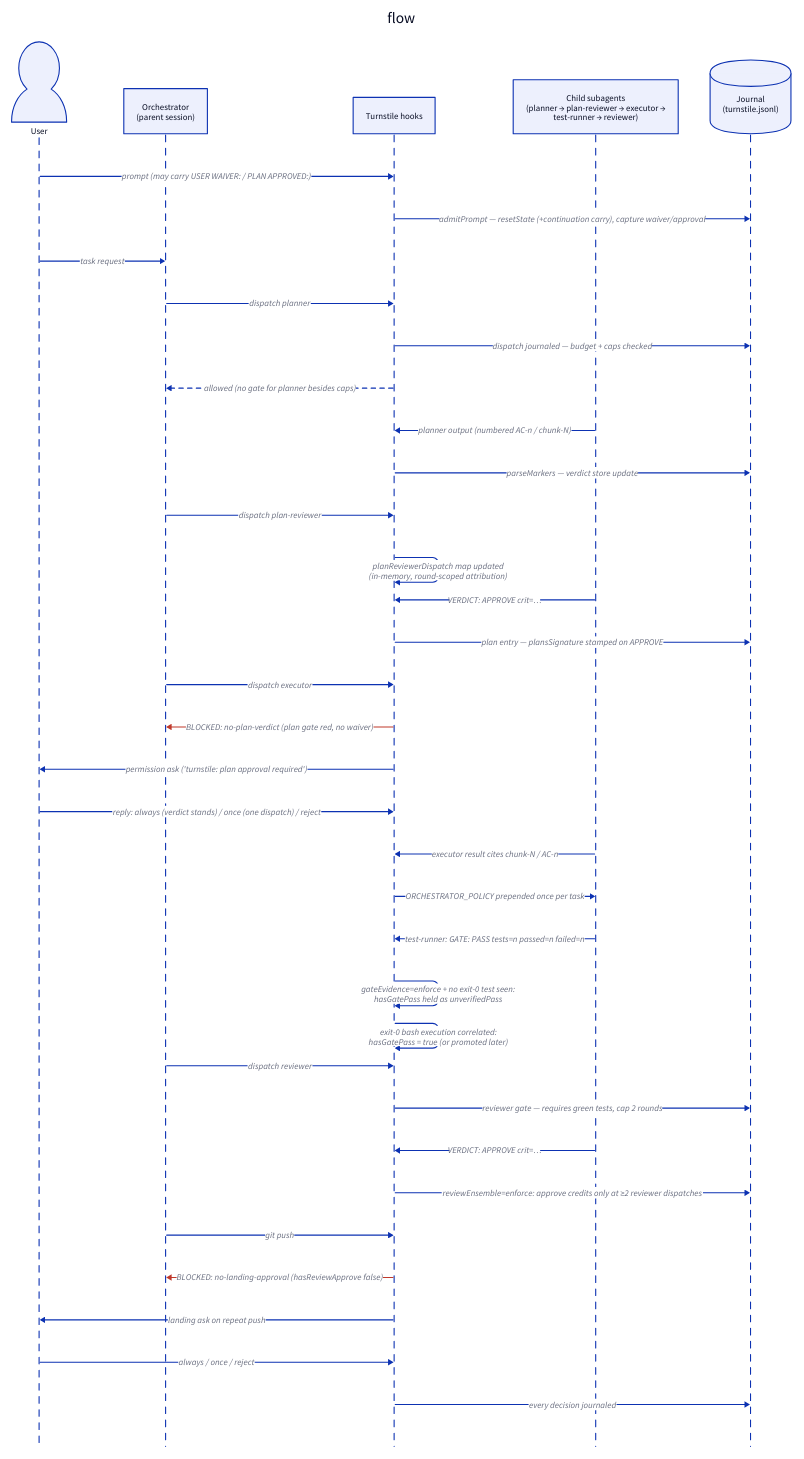
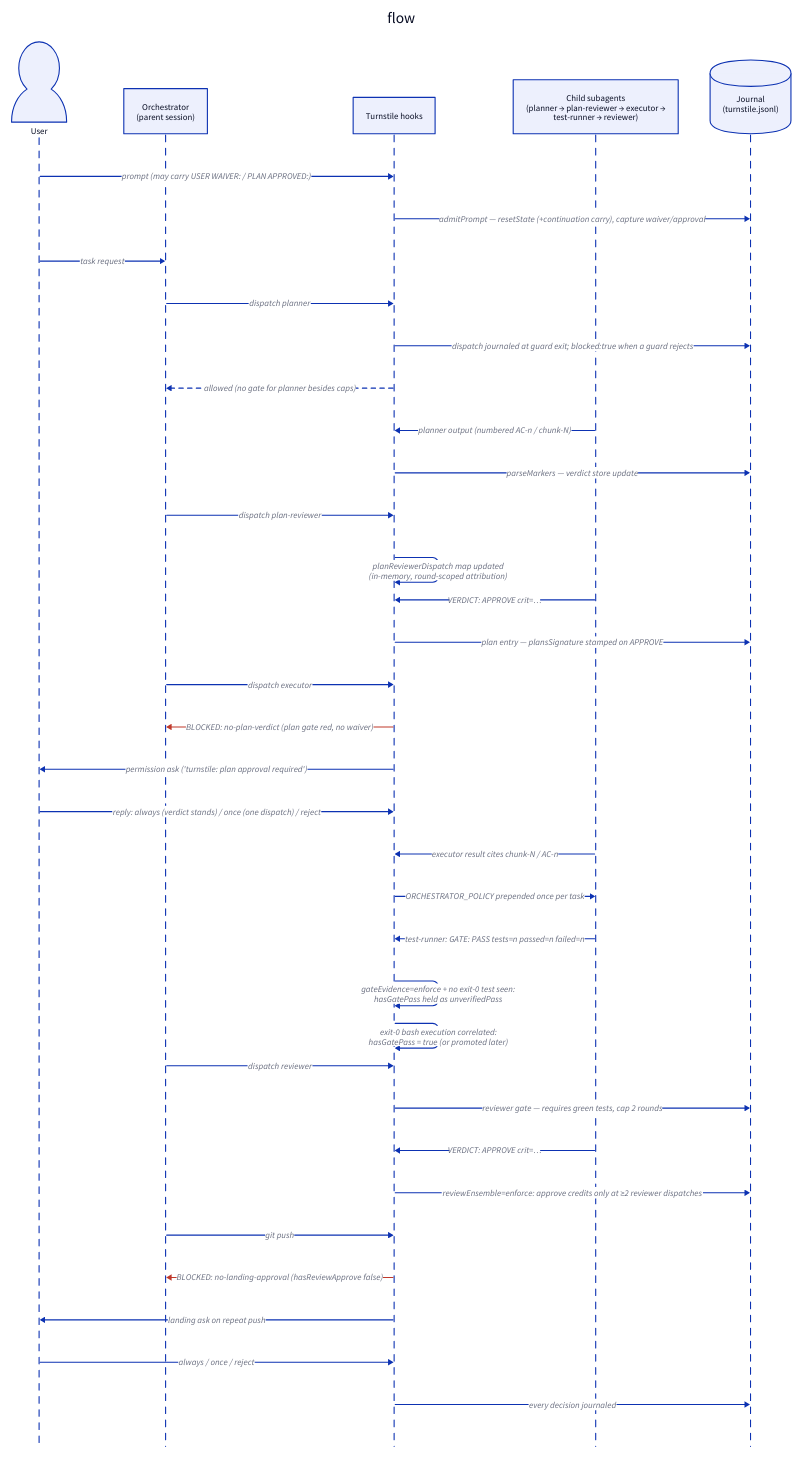
The diagram in docs/diagrams/d03-task-flow.d2 (edseabolt/turnstile), drawn with D2 before and after one commit. The commit also changed 6 other files, not shown here.

First line of the commit message:
docs: sync contracts and architecture for the S7–S12 enforcement fixes

```diff
--- a/docs/diagrams/d03-task-flow.d2
+++ b/docs/diagrams/d03-task-flow.d2
@@ -1,57 +1,57 @@
 flow: {
   shape: sequence_diagram
   user: "User" {
     shape: person
   }
   orch: "Orchestrator\n(parent session)"
   hooks: "Turnstile hooks"
   agents: "Child subagents\n(planner → plan-reviewer → executor →\ntest-runner → reviewer)"
   journal: "Journal\n(turnstile.jsonl)" {
     shape: cylinder
   }
 
   user -> hooks: "prompt (may carry USER WAIVER: / PLAN APPROVED:)"
   hooks -> journal: "admitPrompt — resetState (+continuation carry), capture waiver/approval"
   user -> orch: "task request"
 
   orch -> hooks: "dispatch planner"
-  hooks -> journal: "dispatch journaled — budget + caps checked"
+  hooks -> journal: "dispatch journaled at guard exit; blocked:true when a guard rejects"
   hooks -> orch: "allowed (no gate for planner besides caps)" {
     style.stroke-dash: 4
   }
   agents -> hooks: "planner output (numbered AC-n / chunk-N)"
   hooks -> journal: "parseMarkers — verdict store update"
 
   orch -> hooks: "dispatch plan-reviewer"
   hooks -> hooks: "planReviewerDispatch map updated\n(in-memory, round-scoped attribution)"
   agents -> hooks: "VERDICT: APPROVE crit=…"
   hooks -> journal: "plan entry — plansSignature stamped on APPROVE"
 
   orch -> hooks: "dispatch executor"
   hooks -> orch: "BLOCKED: no-plan-verdict (plan gate red, no waiver)" {
     style.stroke: "#c0392b"
   }
   hooks -> user: "permission ask ('turnstile: plan approval required')"
   user -> hooks: "reply: always (verdict stands) / once (one dispatch) / reject"
 
   agents -> hooks: "executor result cites chunk-N / AC-n"
   hooks -> agents: "ORCHESTRATOR_POLICY prepended once per task"
 
   agents -> hooks: "test-runner: GATE: PASS tests=n passed=n failed=n"
   hooks -> hooks: "gateEvidence=enforce + no exit-0 test seen:\nhasGatePass held as unverifiedPass"
   hooks -> hooks: "exit-0 bash execution correlated:\nhasGatePass = true (or promoted later)"
 
   orch -> hooks: "dispatch reviewer"
   hooks -> journal: "reviewer gate — requires green tests, cap 2 rounds"
   agents -> hooks: "VERDICT: APPROVE crit=…"
   hooks -> journal: "reviewEnsemble=enforce: approve credits only at ≥2 reviewer dispatches"
 
   orch -> hooks: "git push"
   hooks -> orch: "BLOCKED: no-landing-approval (hasReviewApprove false)" {
     style.stroke: "#c0392b"
   }
   hooks -> user: "landing ask on repeat push"
   user -> hooks: "always / once / reject"
 
   hooks -> journal: "every decision journaled"
 }
```
